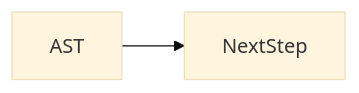
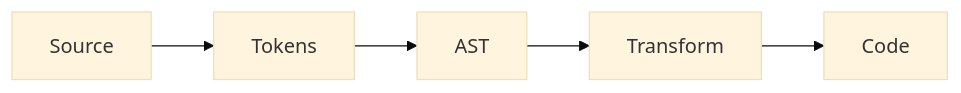
One commit to OmidJavaherii/Frontend-Engineering-Handbook changed the first of 2 diagrams in docs/en/08-jsx-and-react-runtime/ast/index.md. Above: the diagram before and after it, drawn with Mermaid (base theme). The commit also changed other lines of this file and 461 other files, not shown here.

````diff
--- a/docs/en/08-jsx-and-react-runtime/ast/index.md
+++ b/docs/en/08-jsx-and-react-runtime/ast/index.md
@@ -95,4 +56,4 @@
 ```mermaid
 flowchart LR
-  concept[AST] --> nextStep[NextStep]
+  Source --> Tokens --> AST --> Transform --> Code
 ```
````
